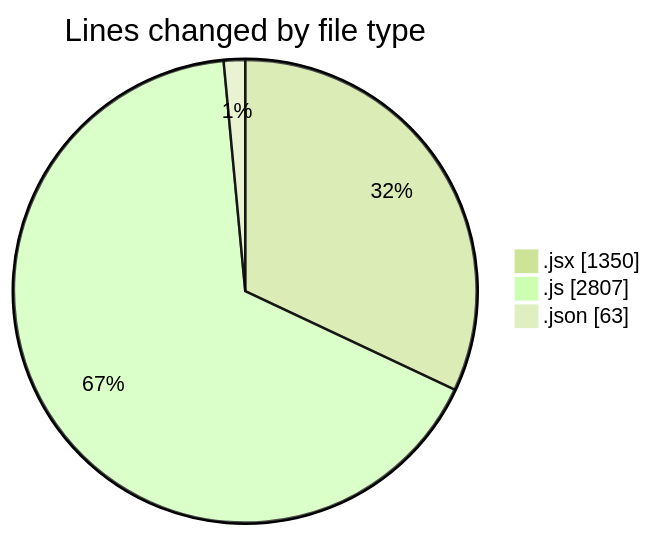
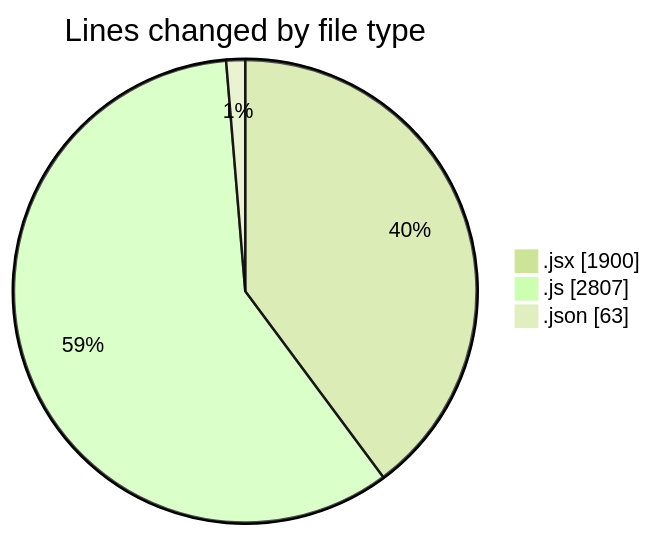
The first of 2 diagrams in 2025-08-18/nxtqube_webapp/README.md (nxtqubesakshisongat/code-tracking), drawn with Mermaid (forest theme) before and after one commit. The commit also changed other lines of this file and 1 other file, not shown here.

````diff
--- a/2025-08-18/nxtqube_webapp/README.md
+++ b/2025-08-18/nxtqube_webapp/README.md
@@ -27,7 +28,7 @@
 ```mermaid
 pie showData
 title Lines changed by file type
-".jsx" : 1350
+".jsx" : 1900
 ".js" : 2807
 ".json" : 63
 ```
````
